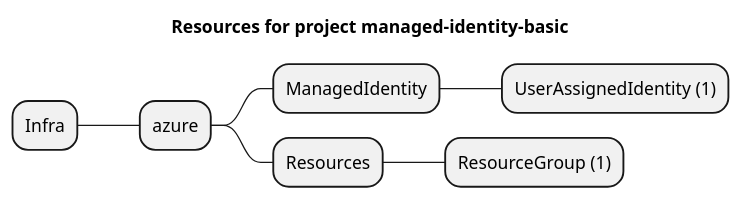
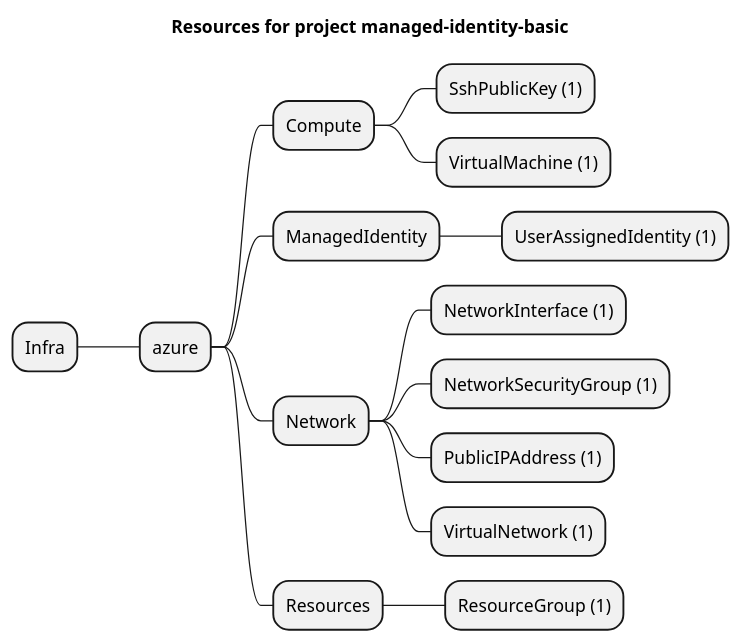
The diagram in examples/azure/ManagedIdentity/managed-identity-basic/artifacts/resources-mindmap.puml (grucloud/grucloud), drawn with PlantUML before and after one commit. The commit also changed 129 other files, not shown here.

```diff
--- a/examples/azure/ManagedIdentity/managed-identity-basic/artifacts/resources-mindmap.puml
+++ b/examples/azure/ManagedIdentity/managed-identity-basic/artifacts/resources-mindmap.puml
@@ -1,10 +1,18 @@
 @startmindmap
 title Resources for project managed-identity-basic
 skinparam monochrome true
 + Infra
 ++ azure
++++ Compute
+++++ SshPublicKey (1)
+++++ VirtualMachine (1)
 +++ ManagedIdentity
 ++++ UserAssignedIdentity (1)
++++ Network
+++++ NetworkInterface (1)
+++++ NetworkSecurityGroup (1)
+++++ PublicIPAddress (1)
+++++ VirtualNetwork (1)
 +++ Resources
 ++++ ResourceGroup (1)
 @endmindmap
```
